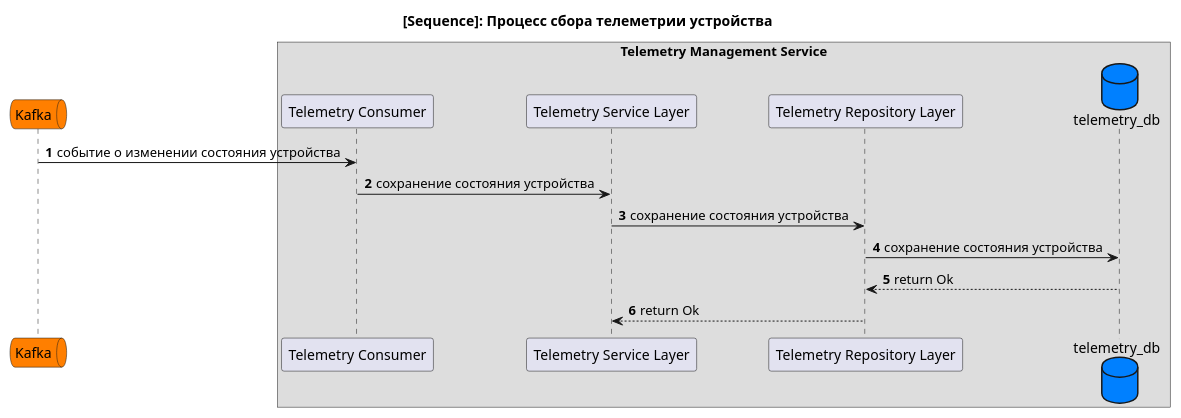
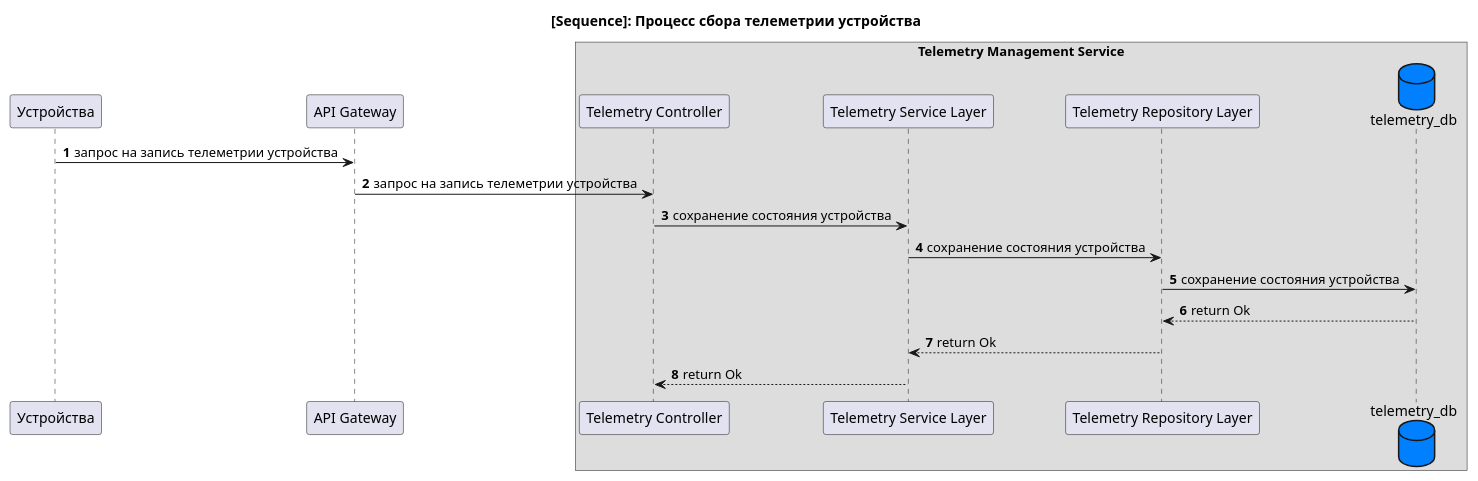
The diagram in docs/diagrams/to_be/code/CollectTelemetry_Code.puml (wiky-avis/architecture-sprint-3), drawn with PlantUML before and after one commit. The commit also changed 8 other files, not shown here.

```diff
--- a/docs/diagrams/to_be/code/CollectTelemetry_Code.puml
+++ b/docs/diagrams/to_be/code/CollectTelemetry_Code.puml
@@ -1,21 +1,24 @@
 @startuml
 autonumber
 
 title [Sequence]: Процесс сбора телеметрии устройства
 
-queue "Kafka" as kafka #ff7f00
+participant "Устройства" as devices
+participant "API Gateway" as api_gateway
 box "Telemetry Management Service"
-    participant TelemetryConsumer as "Telemetry Consumer"
+    participant TelemetryController as "Telemetry Controller"
     participant ServiceLayer as "Telemetry Service Layer"
     participant RepositoryLayer as "Telemetry Repository Layer"
     database DB as "telemetry_db" #0080ff
 endbox
 
-kafka -> TelemetryConsumer: событие о изменении состояния устройства
-TelemetryConsumer -> ServiceLayer: сохранение состояния устройства
+devices -> api_gateway: запроc на запись телеметрии устройства
+api_gateway -> TelemetryController: запроc на запись телеметрии устройства
+TelemetryController -> ServiceLayer: сохранение состояния устройства
 ServiceLayer -> RepositoryLayer: сохранение состояния устройства
 RepositoryLayer -> DB: сохранение состояния устройства
 DB --> RepositoryLayer: return Ok
 RepositoryLayer --> ServiceLayer: return Ok
+TelemetryController <-- ServiceLayer: return Ok
 
 @enduml
```
